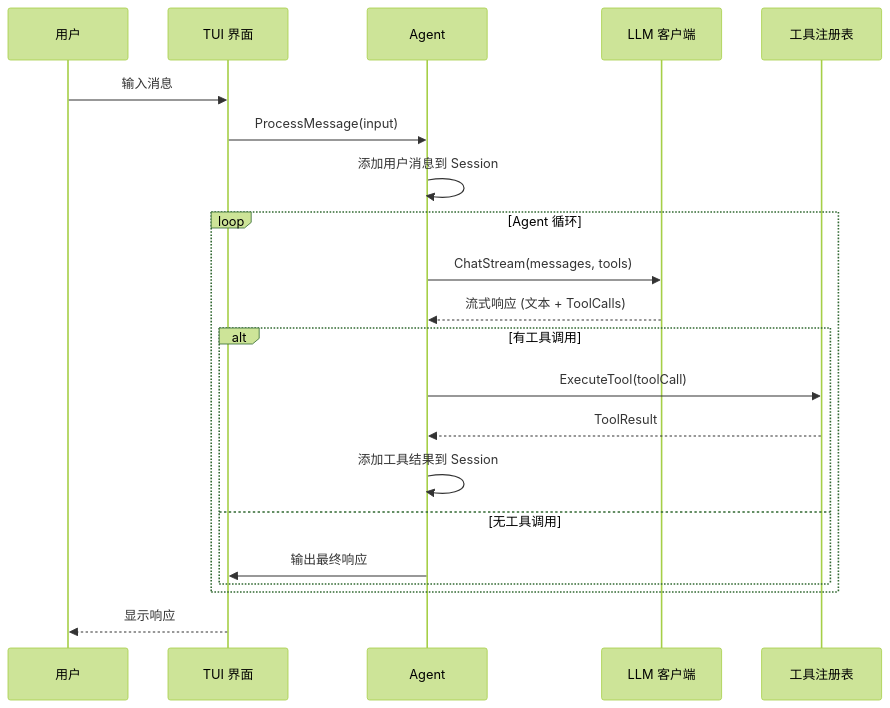
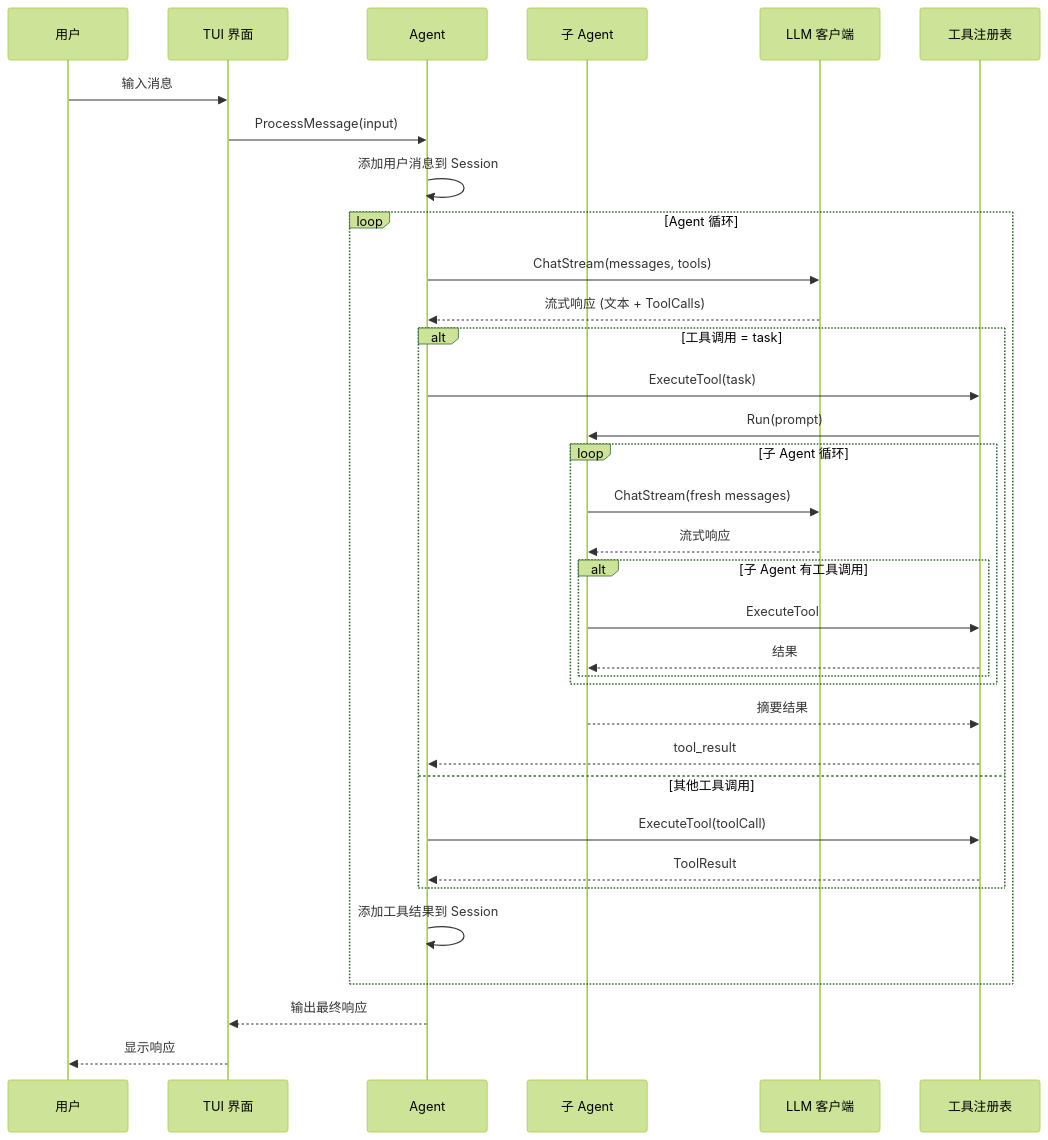
The third of 3 diagrams in docs/source-analysis/00-knowledge-map.md (friendlyhank/copilot), drawn with Mermaid (forest theme) before and after one commit. The commit also changed other lines of this file and 9 other files, not shown here.

````diff
--- a/docs/source-analysis/00-knowledge-map.md
+++ b/docs/source-analysis/00-knowledge-map.md
@@ -337,27 +383,43 @@
 ```mermaid
 sequenceDiagram
     participant U as 用户
     participant TUI as TUI 界面
     participant Agent as Agent
+    participant SubAgent as 子 Agent
     participant LLM as LLM 客户端
     participant Tool as 工具注册表
     
     U->>TUI: 输入消息
     TUI->>Agent: ProcessMessage(input)
     Agent->>Agent: 添加用户消息到 Session
     
     loop Agent 循环
         Agent->>LLM: ChatStream(messages, tools)
         LLM-->>Agent: 流式响应 (文本 + ToolCalls)
         
-        alt 有工具调用
+        alt 工具调用 = task
+            Agent->>Tool: ExecuteTool(task)
+            Tool->>SubAgent: Run(prompt)
+            
+            loop 子 Agent 循环
+                SubAgent->>LLM: ChatStream(fresh messages)
+                LLM-->>SubAgent: 流式响应
+                alt 子 Agent 有工具调用
+                    SubAgent->>Tool: ExecuteTool
+                    Tool-->>SubAgent: 结果
+                end
+            end
+            
+            SubAgent-->>Tool: 摘要结果
+            Tool-->>Agent: tool_result
+        else 其他工具调用
             Agent->>Tool: ExecuteTool(toolCall)
             Tool-->>Agent: ToolResult
-            Agent->>Agent: 添加工具结果到 Session
-        else 无工具调用
-            Agent->>TUI: 输出最终响应
         end
+        
+        Agent->>Agent: 添加工具结果到 Session
     end
     
+    Agent-->>TUI: 输出最终响应
     TUI-->>U: 显示响应
 ```
````
